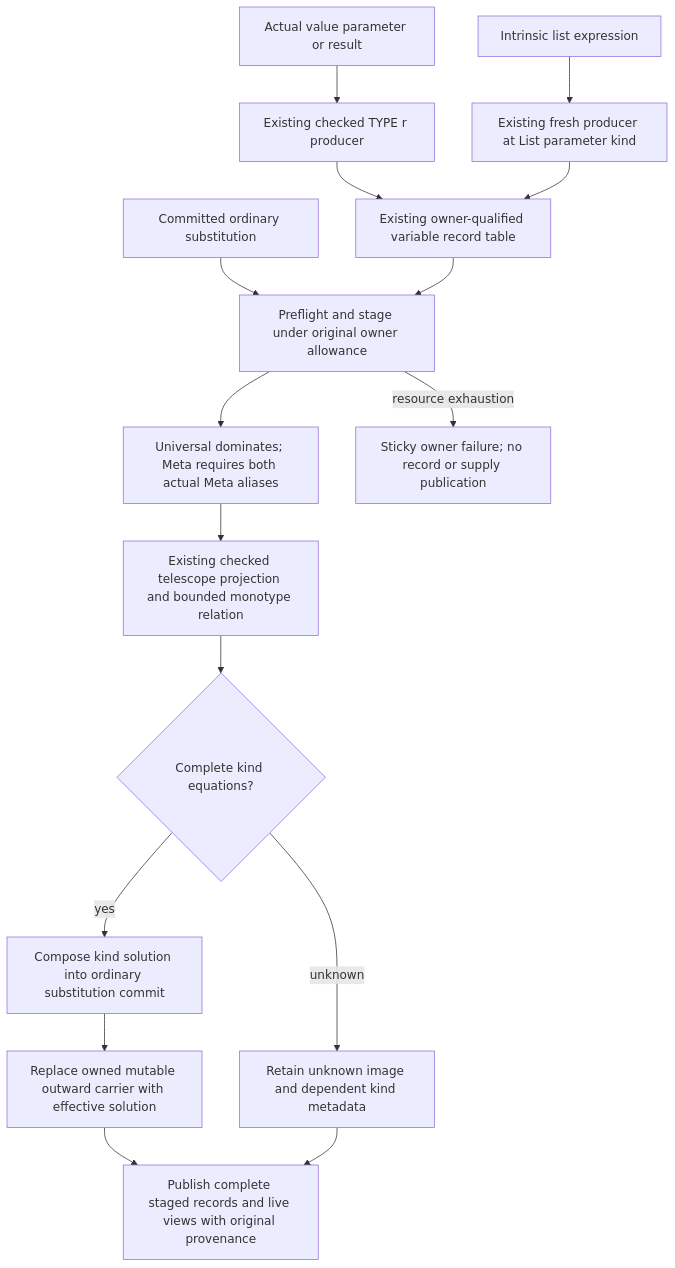
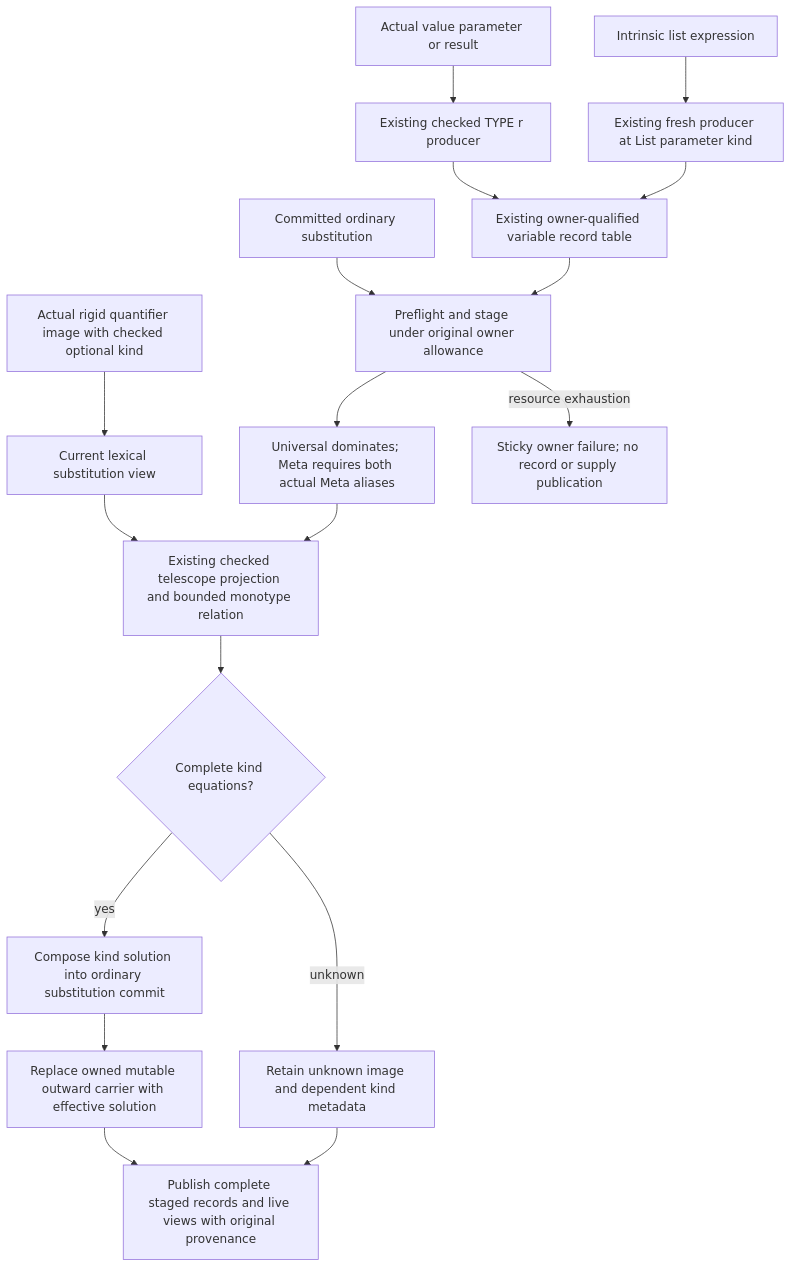
One commit to loveJesus/haskelujah-chirho changed the first of 3 diagrams in spec-chirho/workflows-chirho/type-identity-chirho/committed-meta-kinds-chirho.md. Above: the diagram before and after it, drawn with Mermaid. The commit also changed other lines of this file and 19 other files, not shown here.

Commit message:
Preserve checked pattern-signature variables across lexical scope

````diff
--- a/spec-chirho/workflows-chirho/type-identity-chirho/committed-meta-kinds-chirho.md
+++ b/spec-chirho/workflows-chirho/type-identity-chirho/committed-meta-kinds-chirho.md
@@ -7,18 +7,20 @@
 ```mermaid
 flowchart TD
     ValueChirho[Actual value parameter or result] --> FreshChirho[Existing checked TYPE r producer]
     ListChirho[Intrinsic list expression] --> ElementChirho[Existing fresh producer at List parameter kind]
     FreshChirho --> RecordChirho[Existing owner-qualified variable record table]
     ElementChirho --> RecordChirho
     CommitChirho[Committed ordinary substitution] --> StageChirho[Preflight and stage under original owner allowance]
     RecordChirho --> StageChirho
+    RigidProducerChirho[Actual rigid quantifier image with checked optional kind] --> LexicalChirho[Current lexical substitution view]
+    LexicalChirho --> KindChirho
     StageChirho --> AliasChirho[Universal dominates; Meta requires both actual Meta aliases]
     AliasChirho --> KindChirho[Existing checked telescope projection and bounded monotype relation]
     KindChirho --> ClosedChirho{Complete kind equations?}
     ClosedChirho -->|yes| ComposeChirho[Compose kind solution into ordinary substitution commit]
     ClosedChirho -->|unknown| UnknownChirho[Retain unknown image and dependent kind metadata]
     ComposeChirho --> EffectiveChirho[Replace owned mutable outward carrier with effective solution]
     EffectiveChirho --> PublishChirho[Publish complete staged records and live views with original provenance]
     UnknownChirho --> PublishChirho
     StageChirho -->|resource exhaustion| StopChirho[Sticky owner failure; no record or supply publication]
 ```
````
